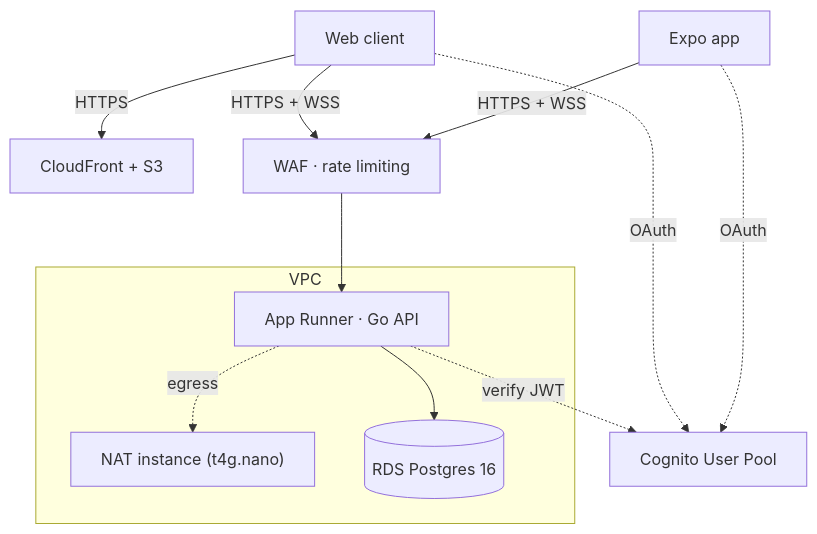
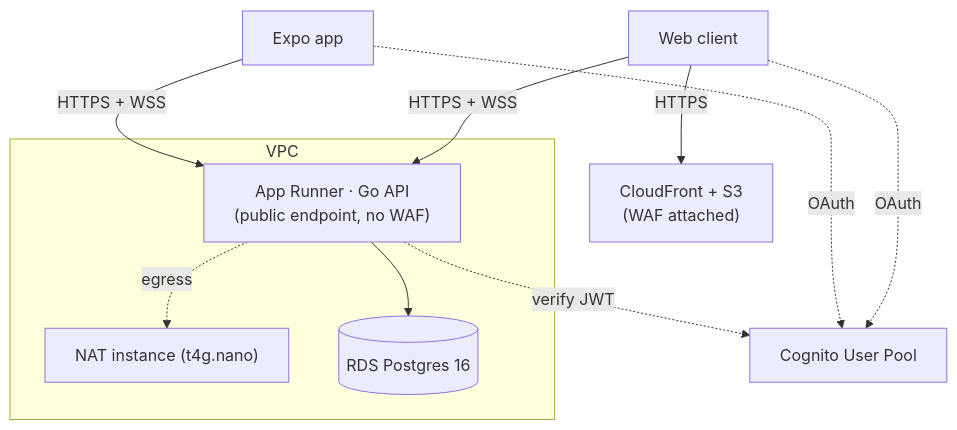
One commit to jwhigham93/Globify changed the second of 6 diagrams in ENGINEERING_NOTES.md. Above: the diagram before and after it, drawn with Mermaid. The commit also changed other lines of this file and 2 other files, not shown here.

````diff
--- a/ENGINEERING_NOTES.md
+++ b/ENGINEERING_NOTES.md
@@ -73,23 +75,21 @@
 ```mermaid
 flowchart TB
     Mobile["Expo app"]
     Web["Web client"]
     Cognito["Cognito User Pool"]
-    CF["CloudFront + S3"]
-    WAF["WAF · rate limiting"]
+    CF["CloudFront + S3<br/>(WAF attached)"]
 
     subgraph VPC
-        API["App Runner · Go API"]
+        API["App Runner · Go API<br/>(public endpoint, no WAF)"]
         NAT["NAT instance (t4g.nano)"]
         RDS[("RDS Postgres 16")]
     end
 
     Web -->|HTTPS| CF
-    Mobile -->|HTTPS + WSS| WAF
-    Web -->|HTTPS + WSS| WAF
-    WAF --> API
+    Mobile -->|HTTPS + WSS| API
+    Web -->|HTTPS + WSS| API
     API --> RDS
     API -.->|egress| NAT
     Mobile & Web -.->|OAuth| Cognito
     API -.->|verify JWT| Cognito
 ```
````
